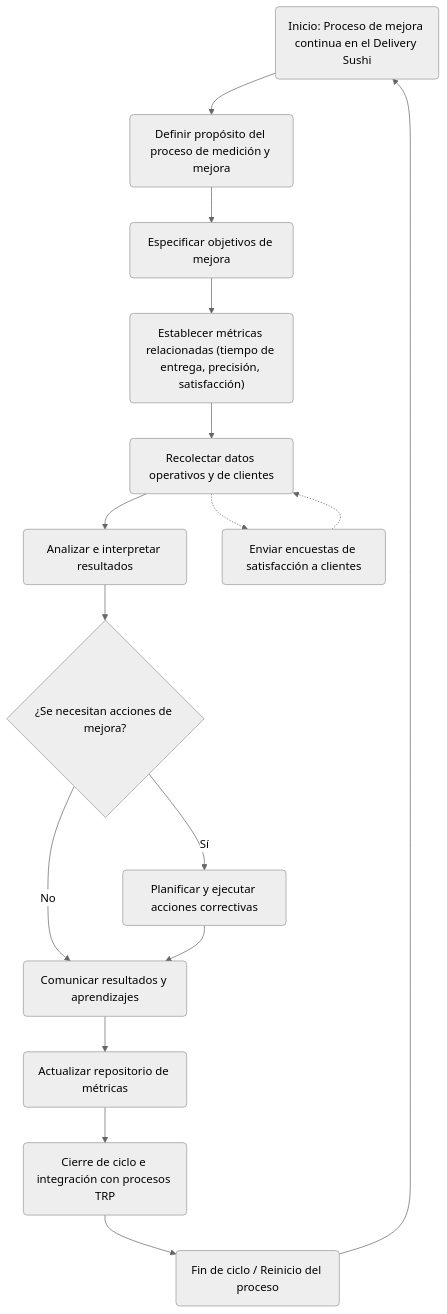
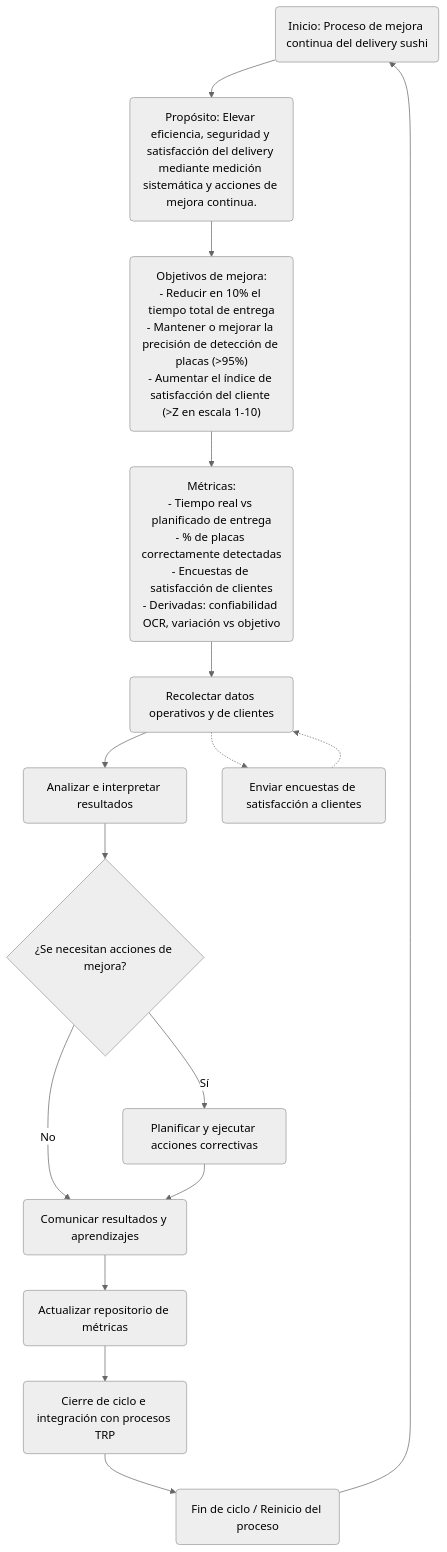
The diagram in README.md (titoruizh/Sushi), drawn with Mermaid (neutral theme) before and after one commit.

Commit message:
Update README.md for clarity and detail in process

````diff
--- a/README.md
+++ b/README.md
@@ -3,33 +3,33 @@
 ```mermaid
 flowchart TD
-    A("Inicio: Proceso de mejora continua en el Delivery Sushi")
-    B("Definir propósito del proceso de medición y mejora")
-    C("Especificar objetivos de mejora")
-    D("Establecer métricas relacionadas (tiempo de entrega, precisión, satisfacción)")
+    A("Inicio: Proceso de mejora continua del delivery sushi")
+    B("Propósito: Elevar eficiencia, seguridad y satisfacción del delivery mediante medición sistemática y acciones de mejora continua.")
+    C("Objetivos de mejora:\n- Reducir en 10% el tiempo total de entrega\n- Mantener o mejorar la precisión de detección de placas (>95%)\n- Aumentar el índice de satisfacción del cliente (>Z en escala 1-10)")
+    D("Métricas:\n- Tiempo real vs planificado de entrega\n- % de placas correctamente detectadas\n- Encuestas de satisfacción de clientes\n- Derivadas: confiabilidad OCR, variación vs objetivo")
     E("Recolectar datos operativos y de clientes")
     F("Analizar e interpretar resultados")
     G{"¿Se necesitan acciones de mejora?"}
     H("Planificar y ejecutar acciones correctivas")
     I("Comunicar resultados y aprendizajes")
     J("Actualizar repositorio de métricas")
     K("Cierre de ciclo e integración con procesos TRP")
     L("Fin de ciclo / Reinicio del proceso")
 
     A --> B
     B --> C
     C --> D
     D --> E
     E --> F
     F --> G
     G -- Sí --> H
     G -- No --> I
     H --> I
     I --> J
     J --> K
     K --> L
     L --> A
 
-    %% Flujos externos (cliente)
+    %% Flujo externo (cliente)
     E -.-> M("Enviar encuestas de satisfacción a clientes")
     M -.-> E
 ```
````
